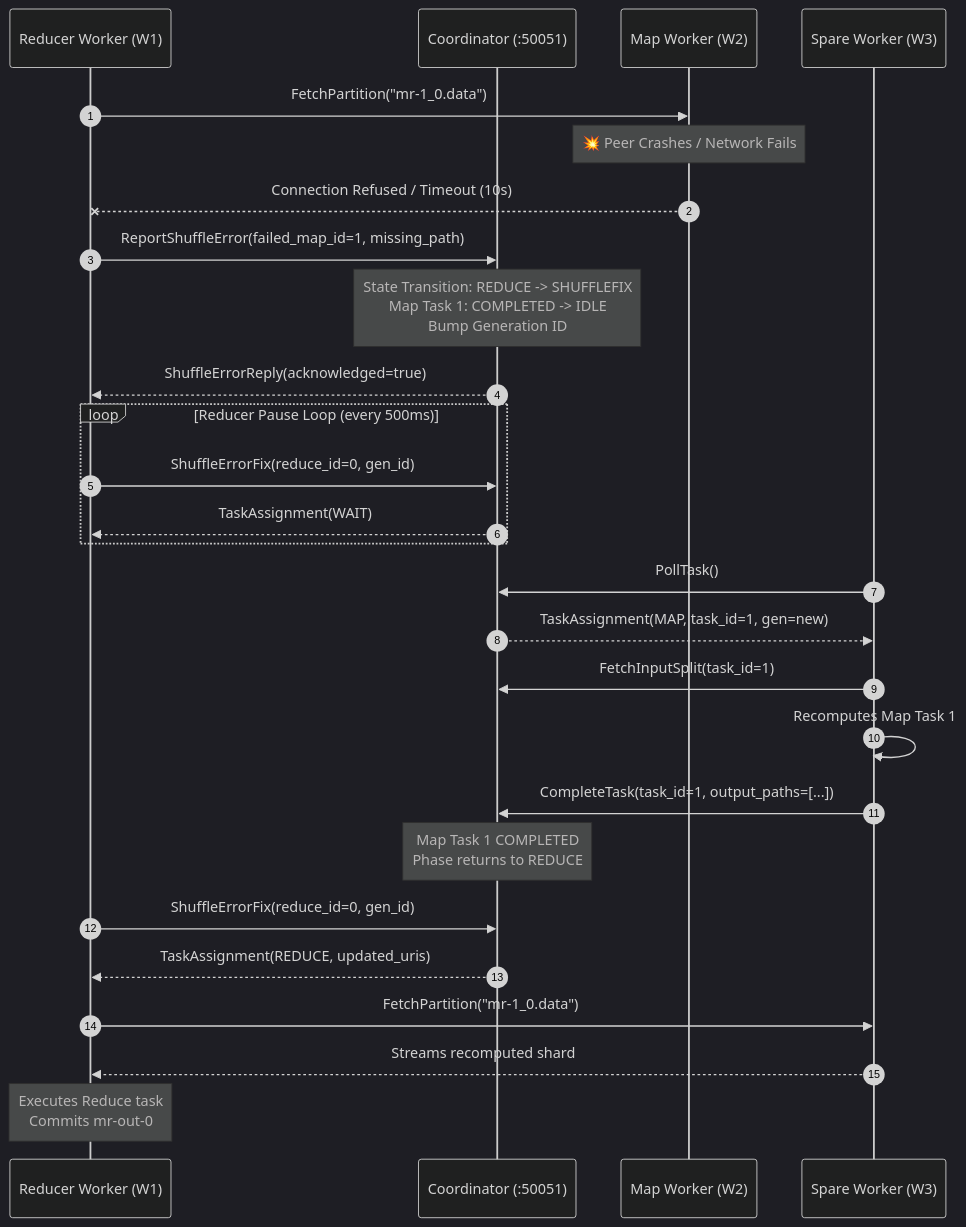
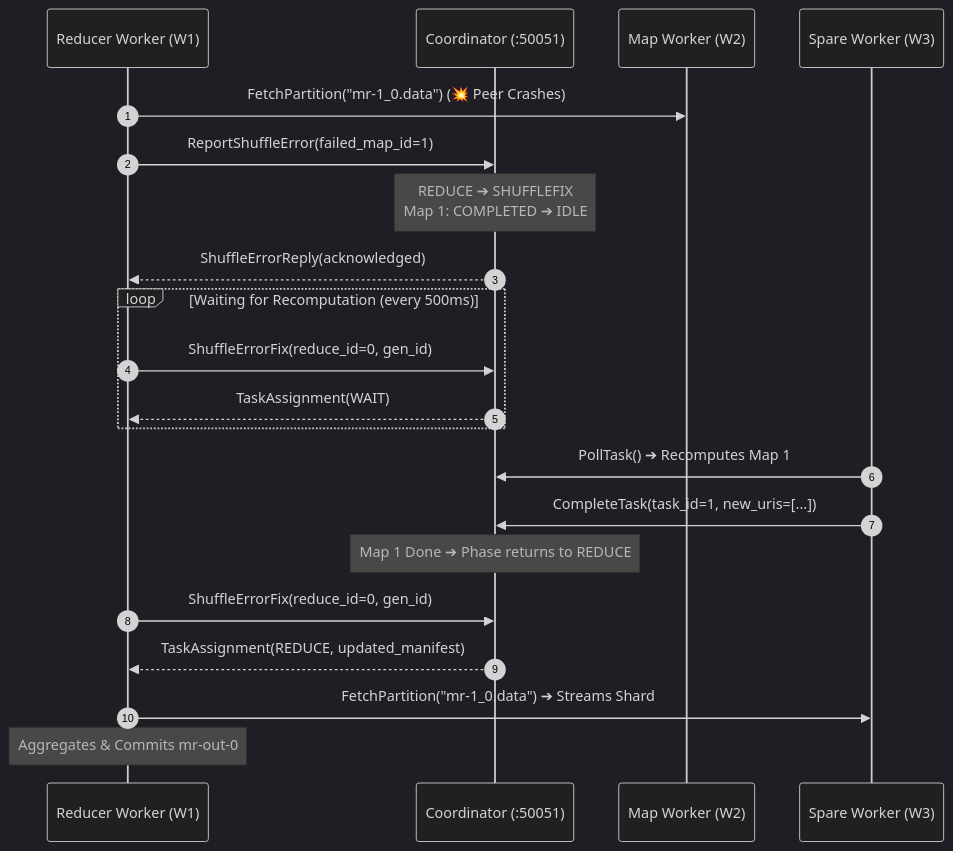
The fifth of 5 diagrams in README.md (Ging1Freecss/map_reduce_), drawn with Mermaid (dark theme) before and after one commit. The commit also changed other lines of this file, not shown here.

````diff
--- a/README.md
+++ b/README.md
@@ -147,35 +196,27 @@
 ```mermaid
 sequenceDiagram
     autonumber
     participant Reducer as Reducer Worker (W1)
     participant Master as Coordinator (:50051)
     participant Peer as Map Worker (W2)
     participant Spare as Spare Worker (W3)
 
-    Reducer->>Peer: FetchPartition("mr-1_0.data")
-    Note over Peer: 💥 Peer Crashes / Network Fails
-    Peer--xReducer: Connection Refused / Timeout (10s)
+    Reducer->>Peer: FetchPartition("mr-1_0.data") (💥 Peer Crashes)
+    Reducer->>Master: ReportShuffleError(failed_map_id=1)
+    Note over Master: REDUCE ➔ SHUFFLEFIX<br/>Map 1: COMPLETED ➔ IDLE
+    Master-->>Reducer: ShuffleErrorReply(acknowledged)
     
-    Reducer->>Master: ReportShuffleError(failed_map_id=1, missing_path)
-    Note over Master: State Transition: REDUCE -> SHUFFLEFIX<br/>Map Task 1: COMPLETED -> IDLE<br/>Bump Generation ID
-    Master-->>Reducer: ShuffleErrorReply(acknowledged=true)
-    
-    loop Reducer Pause Loop (every 500ms)
+    loop Waiting for Recomputation (every 500ms)
         Reducer->>Master: ShuffleErrorFix(reduce_id=0, gen_id)
         Master-->>Reducer: TaskAssignment(WAIT)
     end
     
-    Spare->>Master: PollTask()
-    Master-->>Spare: TaskAssignment(MAP, task_id=1, gen=new)
-    Spare->>Master: FetchInputSplit(task_id=1)
-    Spare->>Spare: Recomputes Map Task 1
-    Spare->>Master: CompleteTask(task_id=1, output_paths=[...])
-    Note over Master: Map Task 1 COMPLETED<br/>Phase returns to REDUCE
+    Spare->>Master: PollTask() ➔ Recomputes Map 1
+    Spare->>Master: CompleteTask(task_id=1, new_uris=[...])
+    Note over Master: Map 1 Done ➔ Phase returns to REDUCE
 
     Reducer->>Master: ShuffleErrorFix(reduce_id=0, gen_id)
-    Master-->>Reducer: TaskAssignment(REDUCE, updated_uris)
-    
-    Reducer->>Spare: FetchPartition("mr-1_0.data")
-    Spare-->>Reducer: Streams recomputed shard
-    Note over Reducer: Executes Reduce task<br/>Commits mr-out-0
+    Master-->>Reducer: TaskAssignment(REDUCE, updated_manifest)
+    Reducer->>Spare: FetchPartition("mr-1_0.data") ➔ Streams Shard
+    Note over Reducer: Aggregates & Commits mr-out-0
 ```
````
